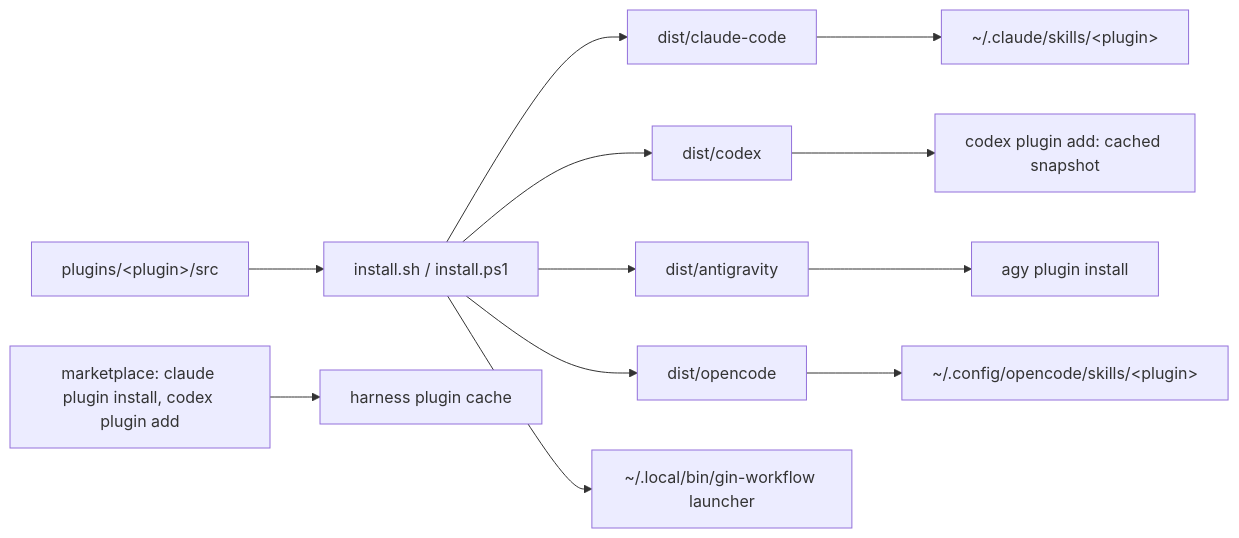
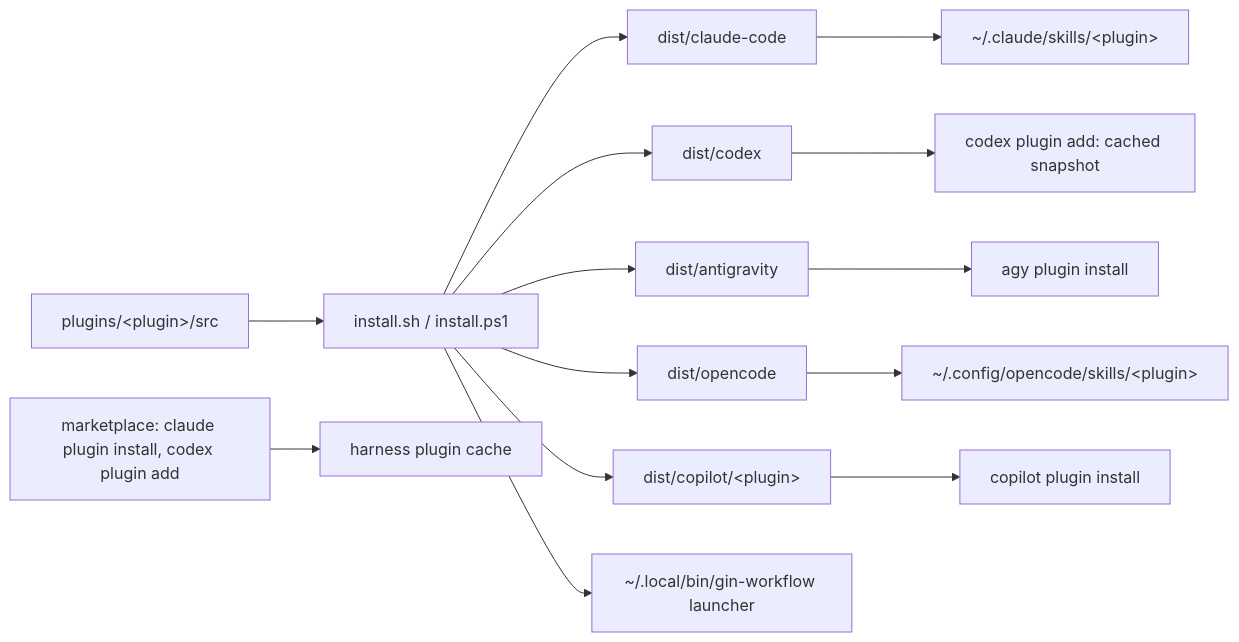
The fifth of 6 diagrams in docs/concepts/architecture.md (giangdhwhtbr/gin-workflow), drawn with Mermaid before and after one commit. The commit also changed 8 other files, not shown here.

````diff
--- a/docs/concepts/architecture.md
+++ b/docs/concepts/architecture.md
@@ -129,14 +129,16 @@
 ```mermaid
 flowchart LR
     S[plugins/&lt;plugin&gt;/src] --> I[install.sh / install.ps1]
     I --> D1[dist/claude-code]
     I --> D2[dist/codex]
     I --> D3[dist/antigravity]
     I --> D4[dist/opencode]
+    I --> D5[dist/copilot/&lt;plugin&gt;]
     I --> LCH[~/.local/bin/gin-workflow launcher]
     D1 --> C1[~/.claude/skills/&lt;plugin&gt;]
     D2 --> C2[codex plugin add: cached snapshot]
     D3 --> C3[agy plugin install]
     D4 --> C4[~/.config/opencode/skills/&lt;plugin&gt;]
+    D5 --> C5[copilot plugin install]
     MK[marketplace: claude plugin install, codex plugin add] --> C1b[harness plugin cache]
 ```
````
